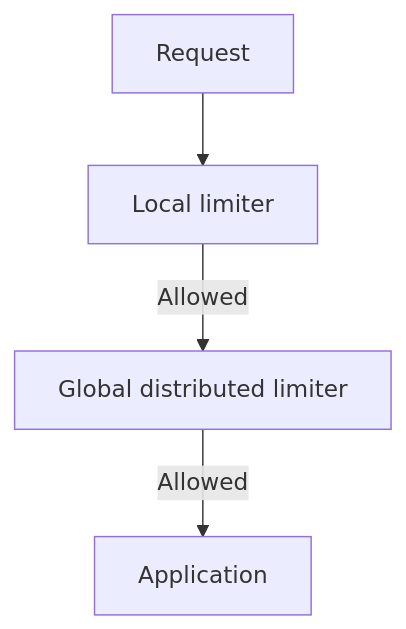
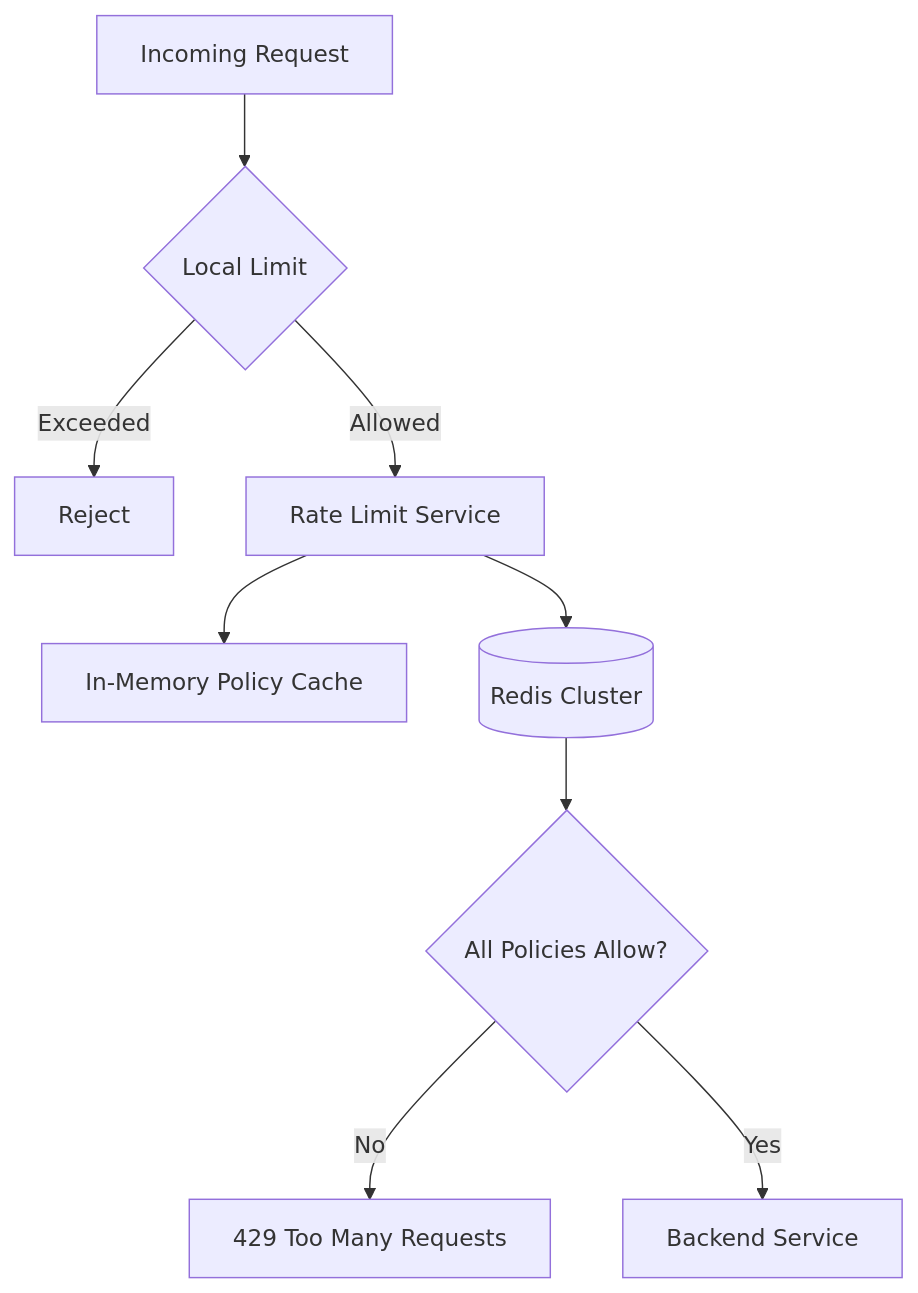
Before and after one commit to AvadhBhalodiya/Interview-Preparation: the second of 6 diagrams in src/content/system-design/rate-limiter.md, drawn with Mermaid. The commit also changed other lines of this file and 54 other files, not shown here.

````diff
--- a/src/content/system-design/rate-limiter.md
+++ b/src/content/system-design/rate-limiter.md
@@ -325,6 +240,13 @@
 ```mermaid
 flowchart TD
-    REQ[Request] --> LOCAL[Local limiter]
-    LOCAL -->|Allowed| GLOBAL[Global distributed limiter]
-    GLOBAL -->|Allowed| APP[Application]
+    REQ[Incoming Request] --> LOCAL{Local Limit}
+    LOCAL -->|Exceeded| X[Reject]
+    LOCAL -->|Allowed| RLS[Rate Limit Service]
+
+    RLS --> PC[In-Memory Policy Cache]
+    RLS --> REDIS[(Redis Cluster)]
+
+    REDIS --> DECISION{All Policies Allow?}
+    DECISION -->|No| R429[429 Too Many Requests]
+    DECISION -->|Yes| APP[Backend Service]
 ```
````
